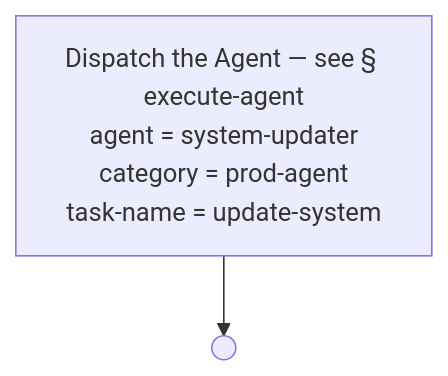
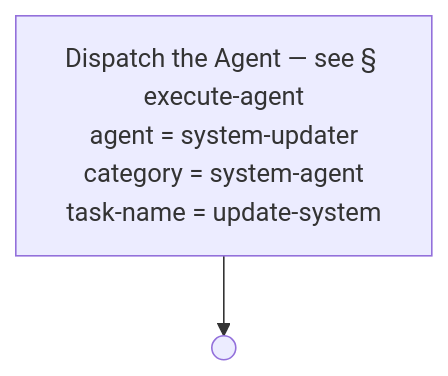
One commit to optivem/gh-optivem changed diagram 52 of 54 in docs/process-diagram.md. Above: the diagram before and after it, drawn with Mermaid. The commit also changed other lines of this file and 12 other files, not shown here.

Commit message:
atdd: regenerate process-flow diagram

````diff
--- a/docs/process-diagram.md
+++ b/docs/process-diagram.md
@@ -1005,7 +1005,7 @@
 ```mermaid
 flowchart TD
-    EXECUTE_AGENT["Dispatch the Agent — see § execute-agent<br/>agent = system-updater<br/>category = prod-agent<br/>task-name = update-system"]
+    EXECUTE_AGENT["Dispatch the Agent — see § execute-agent<br/>agent = system-updater<br/>category = system-agent<br/>task-name = update-system"]
     UPDATE_SYS_END(( ))
 
     EXECUTE_AGENT --> UPDATE_SYS_END
 ```
````
